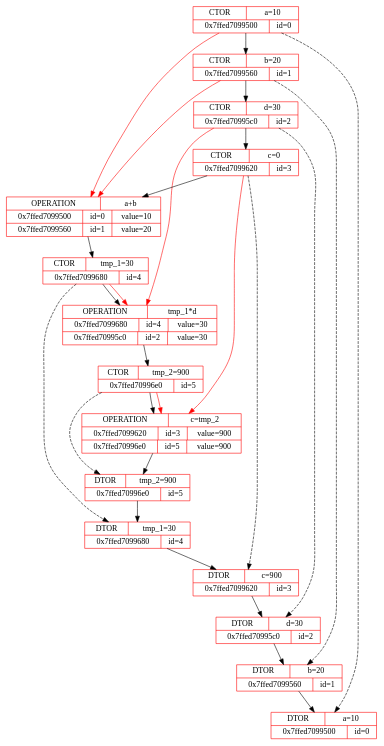
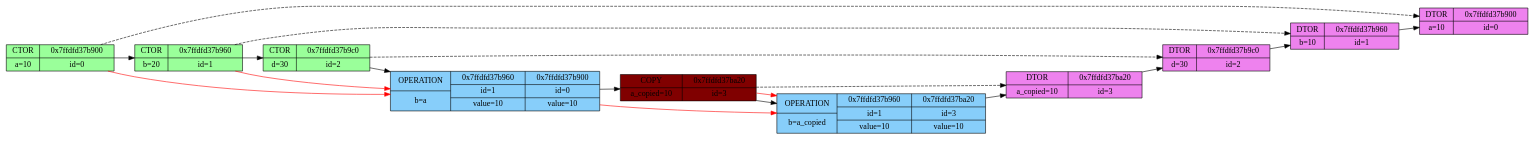
One commit to x-ENIAC/MIPT_projects_4_sem changed the diagram in Dumping_int/new.dot. Above: the diagram before and after it, drawn with Graphviz. The commit also changed 12 other files, not shown here.

```diff
--- a/Dumping_int/new.dot
+++ b/Dumping_int/new.dot
@@ -1,43 +1,30 @@
 digraph graphname {
-	node0CTOR [shape="record", color="red", label="{{CTOR | a=10}|{0x7ffed7099500 | id=0}}"]
-	node1CTOR [shape="record", color="red", label="{{CTOR | b=20}|{0x7ffed7099560 | id=1}}"]
+	rankdir = LR;
+	node0CTOR [shape="record", style="filled", fillcolor="palegreen1", label="{{CTOR | a=10}|{0x7ffdfd37b900 | id=0}}"]
+	node1CTOR [shape="record", style="filled", fillcolor="palegreen1", label="{{CTOR | b=20}|{0x7ffdfd37b960 | id=1}}"]
 	node0CTOR -> node1CTOR
-	node2CTOR [shape="record", color="red", label="{{CTOR | d=30}|{0x7ffed70995c0 | id=2}}"]
+	node2CTOR [shape="record", style="filled", fillcolor="palegreen1", label="{{CTOR | d=30}|{0x7ffdfd37b9c0 | id=2}}"]
 	node1CTOR -> node2CTOR
-	node3CTOR [shape="record", color="red", label="{{CTOR | c=0}|{0x7ffed7099620 | id=3}}"]
-	node2CTOR -> node3CTOR
-	node0OPERATION1 [shape="record", color="red", label="{{OPERATION | a+b}|{0x7ffed7099500 | id=0 | value=10}|{0x7ffed7099560 | id=1 | value=20}}"]
-	node3CTOR -> node0OPERATION1
-	node0CTOR -> node0OPERATION1[color="red"]
-	node1CTOR -> node0OPERATION1[color="red"]
-	node4CTOR [shape="record", color="red", label="{{CTOR | tmp_1=30}|{0x7ffed7099680 | id=4}}"]
-	node0OPERATION1 -> node4CTOR
-	node4OPERATION2 [shape="record", color="red", label="{{OPERATION | tmp_1*d}|{0x7ffed7099680 | id=4 | value=30}|{0x7ffed70995c0 | id=2 | value=30}}"]
-	node4CTOR -> node4OPERATION2
-	node4CTOR -> node4OPERATION2[color="red"]
-	node2CTOR -> node4OPERATION2[color="red"]
-	node5CTOR [shape="record", color="red", label="{{CTOR | tmp_2=900}|{0x7ffed70996e0 | id=5}}"]
-	node4OPERATION2 -> node5CTOR
-	node3OPERATION5 [shape="record", color="red", label="{{OPERATION | c=tmp_2}|{0x7ffed7099620 | id=3 | value=900}|{0x7ffed70996e0 | id=5 | value=900}}"]
-	node5CTOR -> node3OPERATION5
-	node3CTOR -> node3OPERATION5[color="red"]
-	node5CTOR -> node3OPERATION5[color="red"]
-	node5DTOR [shape="record", color="red", label="{{DTOR | tmp_2=900}|{0x7ffed70996e0 | id=5}}"]
-	node3OPERATION5 -> node5DTOR
-	node5CTOR -> node5DTOR[style="dashed"]
-	node4DTOR [shape="record", color="red", label="{{DTOR | tmp_1=30}|{0x7ffed7099680 | id=4}}"]
-	node5DTOR -> node4DTOR
-	node4CTOR -> node4DTOR[style="dashed"]
-	node3DTOR [shape="record", color="red", label="{{DTOR | c=900}|{0x7ffed7099620 | id=3}}"]
-	node4DTOR -> node3DTOR
-	node3CTOR -> node3DTOR[style="dashed"]
-	node2DTOR [shape="record", color="red", label="{{DTOR | d=30}|{0x7ffed70995c0 | id=2}}"]
+	node1OPERATION0 [shape="record", style="filled", fillcolor="lightskyblue", label="{{OPERATION | b=a}|{0x7ffdfd37b960 | id=1 | value=10}|{0x7ffdfd37b900 | id=0 | value=10}}"]
+	node2CTOR -> node1OPERATION0
+	node1CTOR -> node1OPERATION0[color="red"]
+	node0CTOR -> node1OPERATION0[color="red"]
+	node3COPY [shape="record", style="filled", fillcolor="webmaroon", label="{{COPY | a_copied=10}|{0x7ffdfd37ba20 | id=3}}"]
+	node1OPERATION0 -> node3COPY
+	node1OPERATION3 [shape="record", style="filled", fillcolor="lightskyblue", label="{{OPERATION | b=a_copied}|{0x7ffdfd37b960 | id=1 | value=10}|{0x7ffdfd37ba20 | id=3 | value=10}}"]
+	node3COPY -> node1OPERATION3
+	node1OPERATION0 -> node1OPERATION3[color="red"]
+	node3COPY -> node1OPERATION3[color="red"]
+	node3DTOR [shape="record", style="filled", fillcolor="violet", label="{{DTOR | a_copied=10}|{0x7ffdfd37ba20 | id=3}}"]
+	node1OPERATION3 -> node3DTOR
+	node3COPY -> node3DTOR[style="dashed"]
+	node2DTOR [shape="record", style="filled", fillcolor="violet", label="{{DTOR | d=30}|{0x7ffdfd37b9c0 | id=2}}"]
 	node3DTOR -> node2DTOR
 	node2CTOR -> node2DTOR[style="dashed"]
-	node1DTOR [shape="record", color="red", label="{{DTOR | b=20}|{0x7ffed7099560 | id=1}}"]
+	node1DTOR [shape="record", style="filled", fillcolor="violet", label="{{DTOR | b=10}|{0x7ffdfd37b960 | id=1}}"]
 	node2DTOR -> node1DTOR
 	node1CTOR -> node1DTOR[style="dashed"]
-	node0DTOR [shape="record", color="red", label="{{DTOR | a=10}|{0x7ffed7099500 | id=0}}"]
+	node0DTOR [shape="record", style="filled", fillcolor="violet", label="{{DTOR | a=10}|{0x7ffdfd37b900 | id=0}}"]
 	node1DTOR -> node0DTOR
 	node0CTOR -> node0DTOR[style="dashed"]
 }
```
